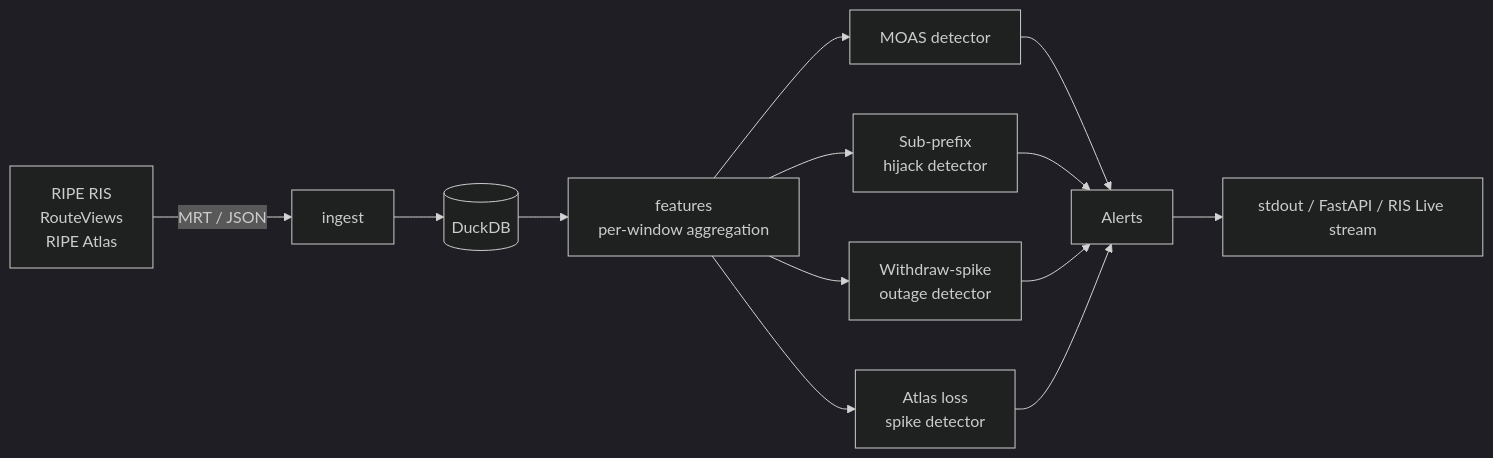
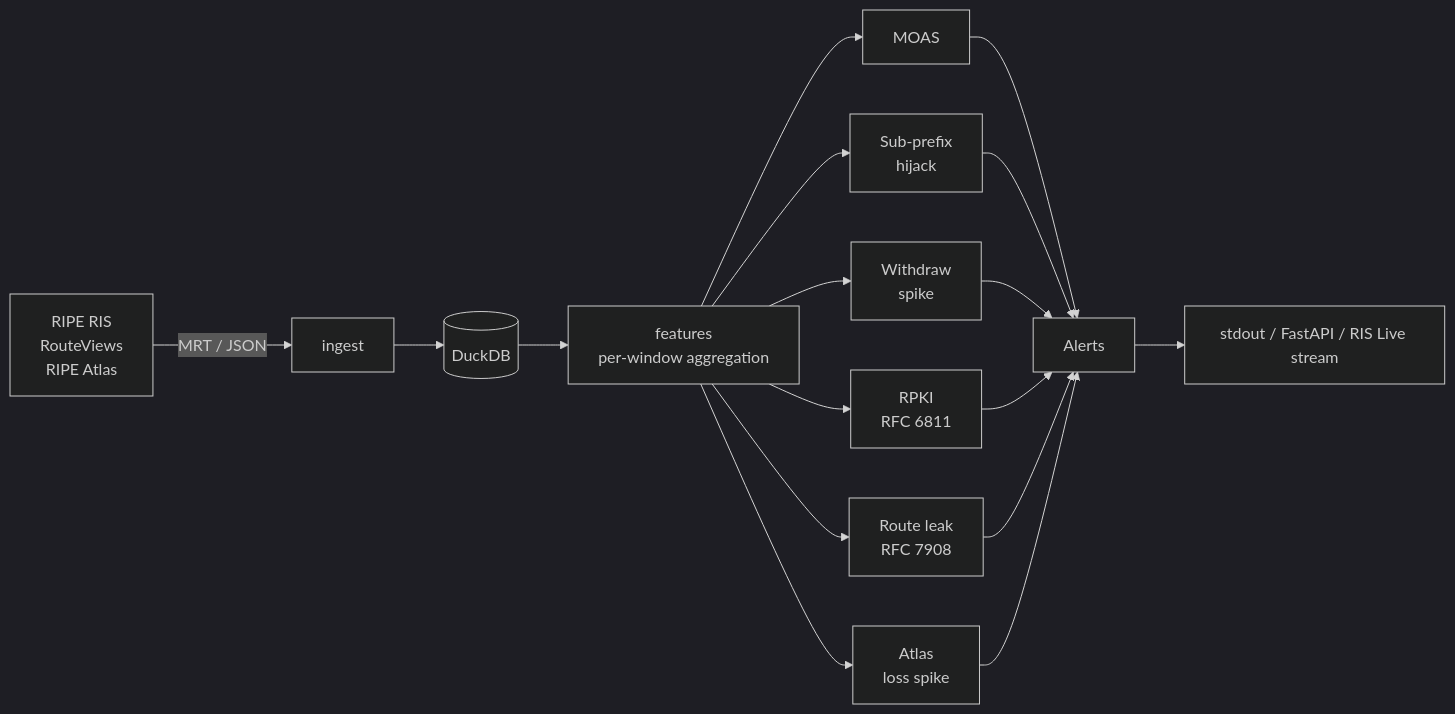
The diagram in README.md (pauti04/netpulse), drawn with Mermaid (dark theme) before and after one commit. The commit also changed other lines of this file and 12 other files, not shown here.

First line of the commit message:
feat: RPKI Origin Validation, route-leak detector, second labeled incident

````diff
--- a/README.md
+++ b/README.md
@@ -64,15 +64,19 @@
 ```mermaid
 flowchart LR
   RIS[RIPE RIS<br/>RouteViews<br/>RIPE Atlas] -- MRT / JSON --> Ingest[ingest]
   Ingest --> Store[(DuckDB)]
   Store --> Features[features<br/>per-window aggregation]
-  Features --> M[MOAS detector]
-  Features --> S[Sub-prefix<br/>hijack detector]
-  Features --> W[Withdraw-spike<br/>outage detector]
-  Features --> A[Atlas loss<br/>spike detector]
+  Features --> M[MOAS]
+  Features --> S[Sub-prefix<br/>hijack]
+  Features --> W[Withdraw<br/>spike]
+  Features --> RP[RPKI<br/>RFC 6811]
+  Features --> RL[Route leak<br/>RFC 7908]
+  Features --> A[Atlas<br/>loss spike]
   M --> Alerts[Alerts]
   S --> Alerts
   W --> Alerts
+  RP --> Alerts
+  RL --> Alerts
   A --> Alerts
   Alerts --> Out[stdout / FastAPI / RIS Live stream]
 ```
````
